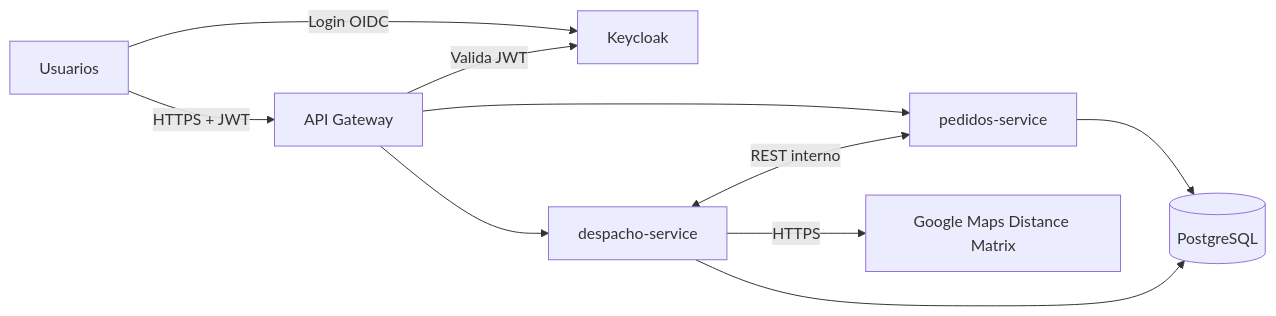
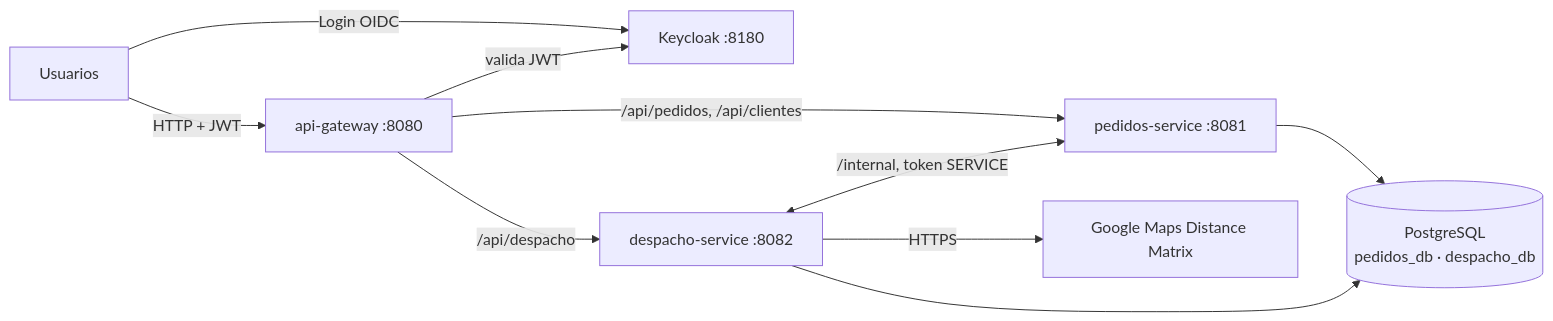
One commit to SchallerFran/TP-Backend-Logistica-de-entregas-de-ultima-milla changed the diagram in README.md. Above: the diagram before and after it, drawn with Mermaid. The commit also changed other lines of this file and 8 other files, not shown here.

````diff
--- a/README.md
+++ b/README.md
@@ -171,12 +18,12 @@
 ```mermaid
 flowchart LR
-    U[Usuarios] -->|HTTPS + JWT| GW[API Gateway]
-    U -->|Login OIDC| KC[Keycloak]
-    GW -->|Valida JWT| KC
-    GW --> PS[pedidos-service]
-    GW --> DS[despacho-service]
-    DS <-->|REST interno| PS
-    PS --> DB[(PostgreSQL)]
+    U[Usuarios] -->|HTTP + JWT| GW[api-gateway :8080]
+    U -->|Login OIDC| KC[Keycloak :8180]
+    GW -->|valida JWT| KC
+    GW -->|/api/pedidos, /api/clientes| PS[pedidos-service :8081]
+    GW -->|/api/despacho| DS[despacho-service :8082]
+    DS <-->|/internal, token SERVICE| PS
+    PS --> DB[(PostgreSQL<br/>pedidos_db · despacho_db)]
     DS --> DB
     DS -->|HTTPS| GM[Google Maps Distance Matrix]
 ```
````
